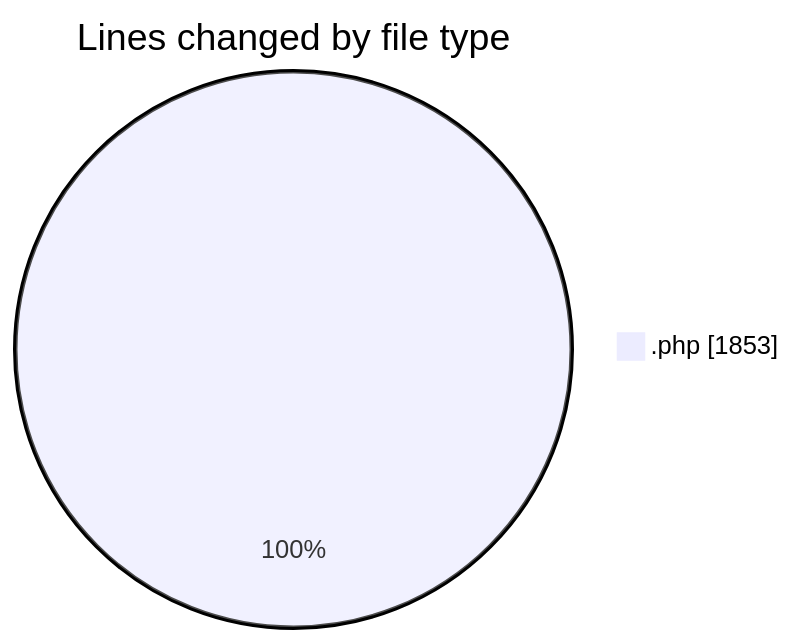
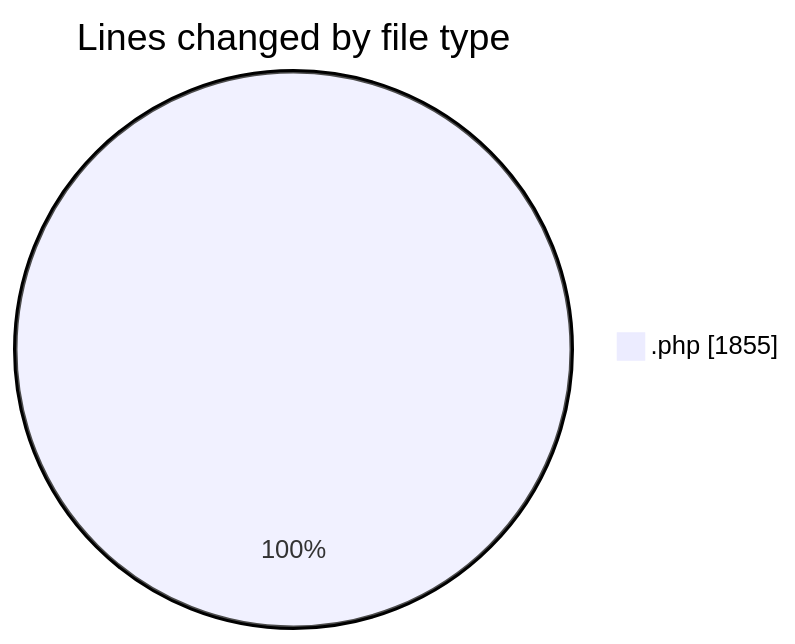
Before and after one commit to LanceThiago/code-tracking: the first of 2 diagrams in 2026-08-28/oficina/README.md, drawn with Mermaid. The commit also changed other lines of this file and 1 other file, not shown here.

````diff
--- a/2026-08-28/oficina/README.md
+++ b/2026-08-28/oficina/README.md
@@ -20,5 +20,5 @@
 ```mermaid
 pie showData
 title Lines changed by file type
-".php" : 1853
+".php" : 1855
 ```
````
